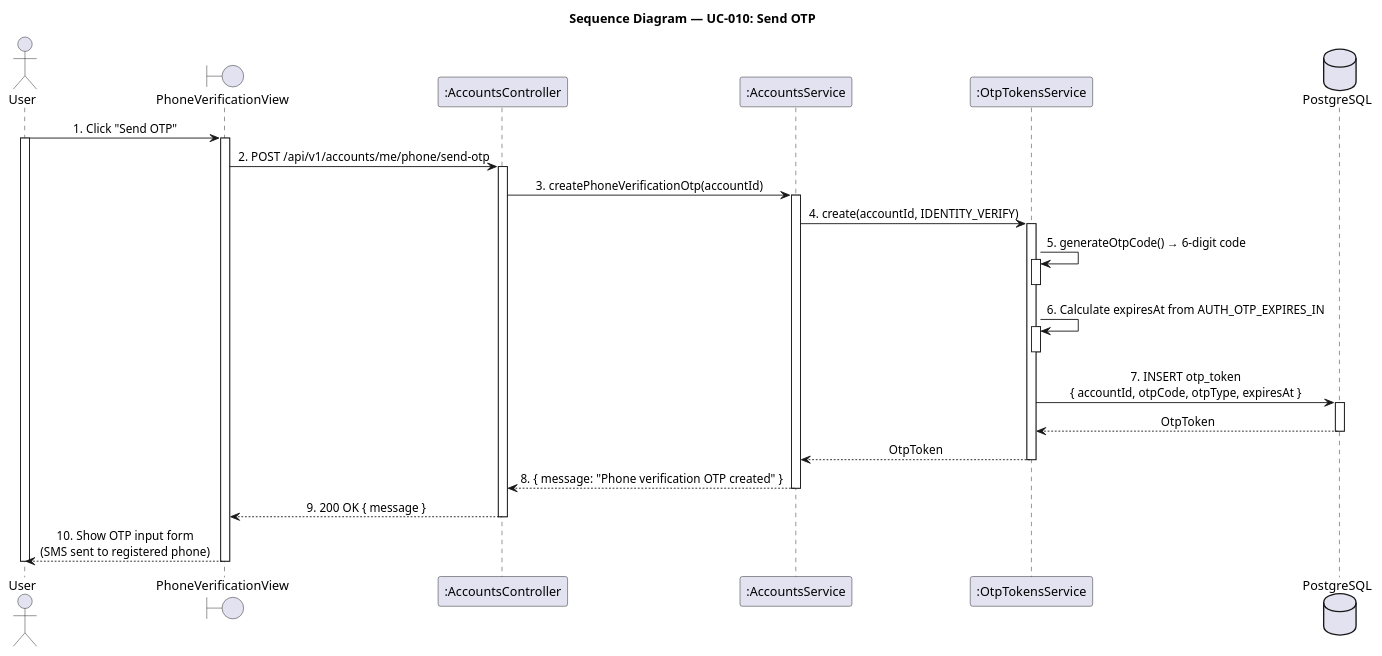
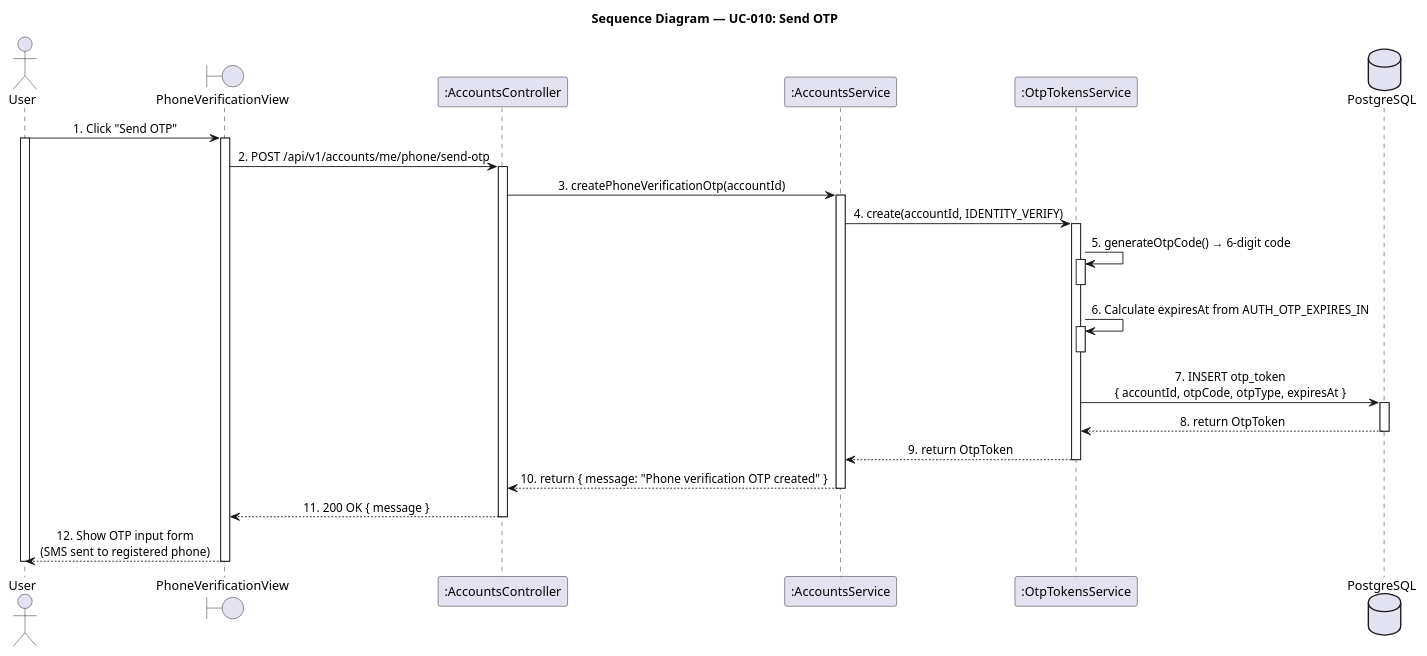
The diagram in docs/sequence-diagram/UC10_SendOTP.puml (LTPPPP/Smart-Medical-Intelligent-Ledger-for-E-health-S.M.I.L.E-), drawn with PlantUML before and after one commit. The commit also changed 177 other files, not shown here.

Commit message:
skill and doc class diagram

```diff
--- a/docs/sequence-diagram/UC10_SendOTP.puml
+++ b/docs/sequence-diagram/UC10_SendOTP.puml
@@ -1,54 +1,54 @@
 @startuml SequenceDiagram
 skinparam shadowing false
 skinparam sequenceMessageAlign center
 
 title Sequence Diagram — UC-010: Send OTP
 
 actor "User" as user
 boundary "PhoneVerificationView" as form
 participant ":AccountsController" as ctrl
 participant ":AccountsService" as accSvc
 participant ":OtpTokensService" as otpSvc
 database "PostgreSQL" as db
 
 user -> form : 1. Click "Send OTP"
 activate user
 activate form
 
 form -> ctrl : 2. POST /api/v1/accounts/me/phone/send-otp
 activate ctrl
 
 ctrl -> accSvc : 3. createPhoneVerificationOtp(accountId)
 activate accSvc
 
 accSvc -> otpSvc : 4. create(accountId, IDENTITY_VERIFY)
 activate otpSvc
 
 otpSvc -> otpSvc : 5. generateOtpCode() → 6-digit code
 activate otpSvc
 deactivate otpSvc
 
 otpSvc -> otpSvc : 6. Calculate expiresAt from AUTH_OTP_EXPIRES_IN
 activate otpSvc
 deactivate otpSvc
 
 otpSvc -> db : 7. INSERT otp_token\n{ accountId, otpCode, otpType, expiresAt }
 activate db
-db --> otpSvc : OtpToken
+db --> otpSvc : 8. return OtpToken
 deactivate db
 
-otpSvc --> accSvc : OtpToken
+otpSvc --> accSvc : 9. return OtpToken
 deactivate otpSvc
 
-accSvc --> ctrl : 8. { message: "Phone verification OTP created" }
+accSvc --> ctrl : 10. return { message: "Phone verification OTP created" }
 deactivate accSvc
 
-ctrl --> form : 9. 200 OK { message }
+ctrl --> form : 11. 200 OK { message }
 deactivate ctrl
 
-form --> user : 10. Show OTP input form\n(SMS sent to registered phone)
+form --> user : 12. Show OTP input form\n(SMS sent to registered phone)
 deactivate form
 
 deactivate user
 
 @enduml
```
